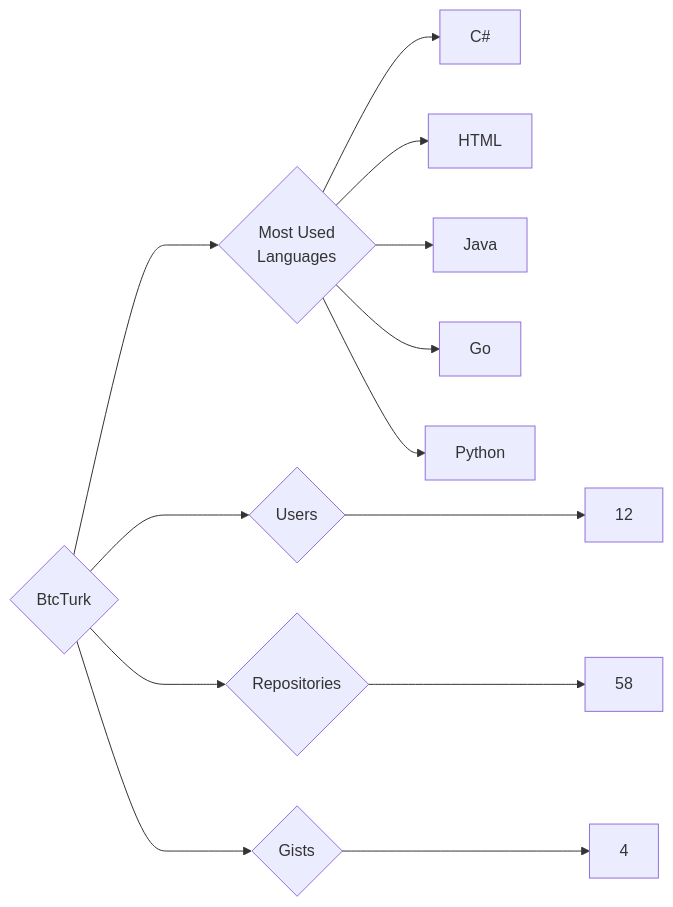
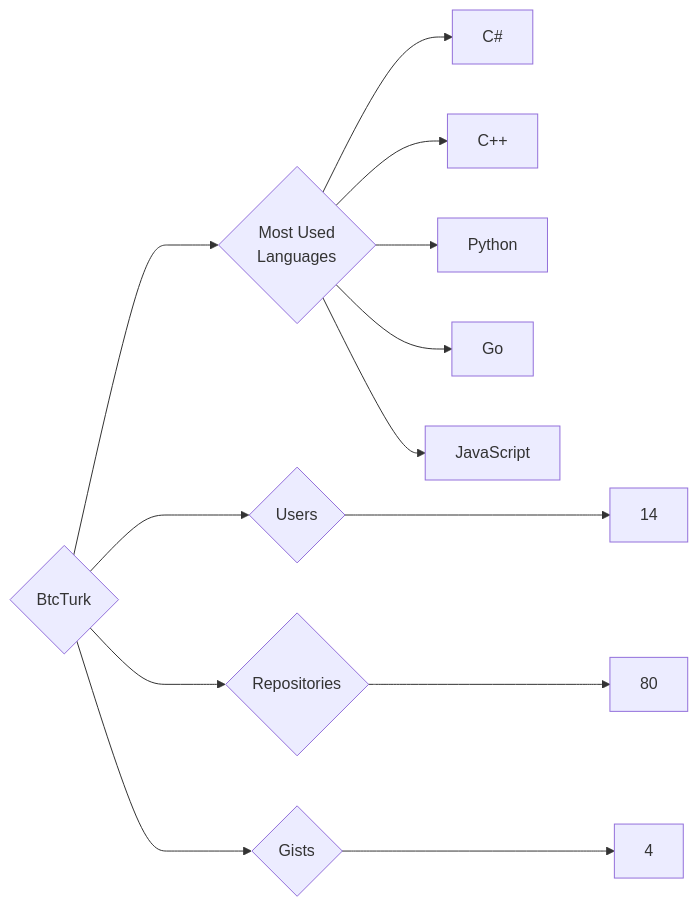
The diagram in targets/BtcTurk/README.md (trickest/insiders), drawn with Mermaid before and after one commit. The commit also changed 914 other files, not shown here.

````diff
--- a/targets/BtcTurk/README.md
+++ b/targets/BtcTurk/README.md
@@ -3,13 +3,13 @@
 ```mermaid
 graph LR
 COMPANY_NAME{BtcTurk}
-COMPANY_NAME ---> U{Users} ---> UN[12]
-COMPANY_NAME ---> R{Repositories} ---> RN[58]
+COMPANY_NAME ---> U{Users} ---> UN[14]
+COMPANY_NAME ---> R{Repositories} ---> RN[80]
 COMPANY_NAME ---> G{Gists} ---> GN[4]
 COMPANY_NAME ---> ML{Most Used<br>Languages}
 ML --> C#[C#]
-ML --> HTML[HTML]
-ML --> Java[Java]
+ML --> C++[C++]
+ML --> Python[Python]
 ML --> Go[Go]
-ML --> Python[Python]
+ML --> JavaScript[JavaScript]
 ```
````
